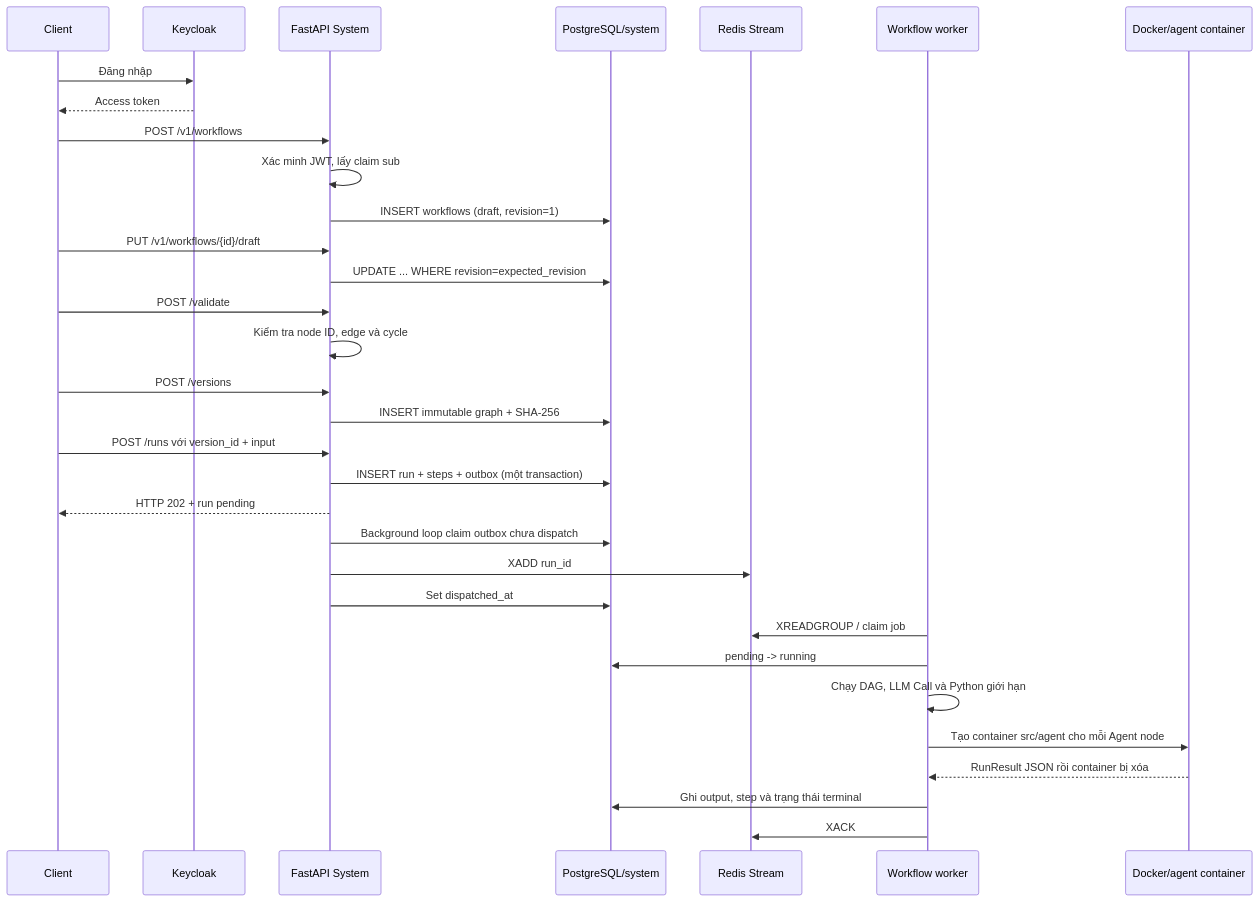
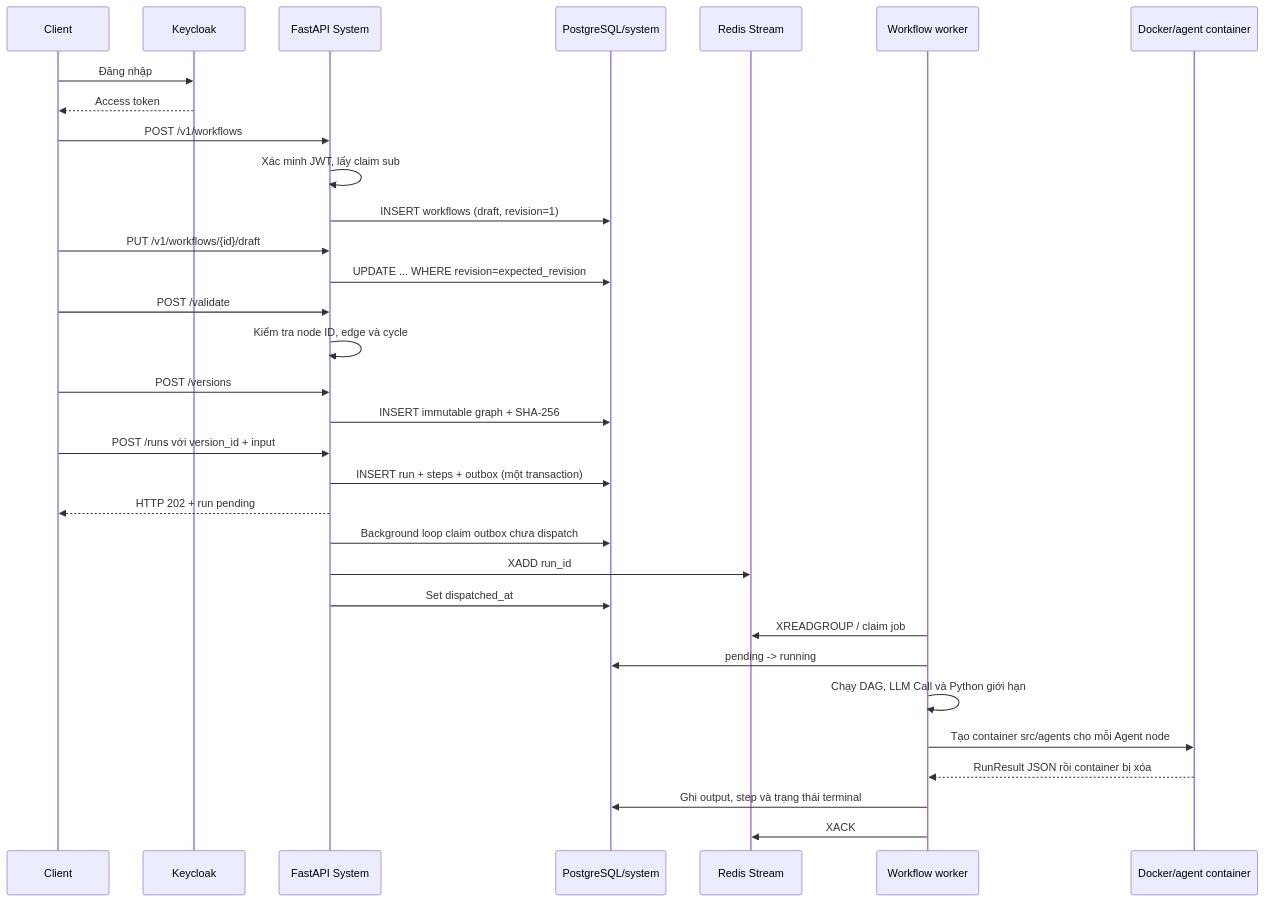
The second of 3 diagrams in docs/workflow-execution.md (ndthangit/AgentFlow), drawn with Mermaid before and after one commit. The commit also changed other lines of this file and 31 other files, not shown here.

````diff
--- a/docs/workflow-execution.md
+++ b/docs/workflow-execution.md
@@ -88,35 +89,35 @@
 ```mermaid
 sequenceDiagram
     participant C as Client
     participant K as Keycloak
     participant A as FastAPI System
     participant P as PostgreSQL/system
     participant R as Redis Stream
     participant W as Workflow worker
     participant D as Docker/agent container
 
     C->>K: Đăng nhập
     K-->>C: Access token
     C->>A: POST /v1/workflows
     A->>A: Xác minh JWT, lấy claim sub
     A->>P: INSERT workflows (draft, revision=1)
     C->>A: PUT /v1/workflows/{id}/draft
     A->>P: UPDATE ... WHERE revision=expected_revision
     C->>A: POST /validate
     A->>A: Kiểm tra node ID, edge và cycle
     C->>A: POST /versions
     A->>P: INSERT immutable graph + SHA-256
     C->>A: POST /runs với version_id + input
     A->>P: INSERT run + steps + outbox (một transaction)
     A-->>C: HTTP 202 + run pending
     A->>P: Background loop claim outbox chưa dispatch
     A->>R: XADD run_id
     A->>P: Set dispatched_at
     W->>R: XREADGROUP / claim job
     W->>P: pending -> running
     W->>W: Chạy DAG, LLM Call và Python giới hạn
-    W->>D: Tạo container src/agent cho mỗi Agent node
+    W->>D: Tạo container src/agents cho mỗi Agent node
     D-->>W: RunResult JSON rồi container bị xóa
     W->>P: Ghi output, step và trạng thái terminal
     W->>R: XACK
 ```
````
